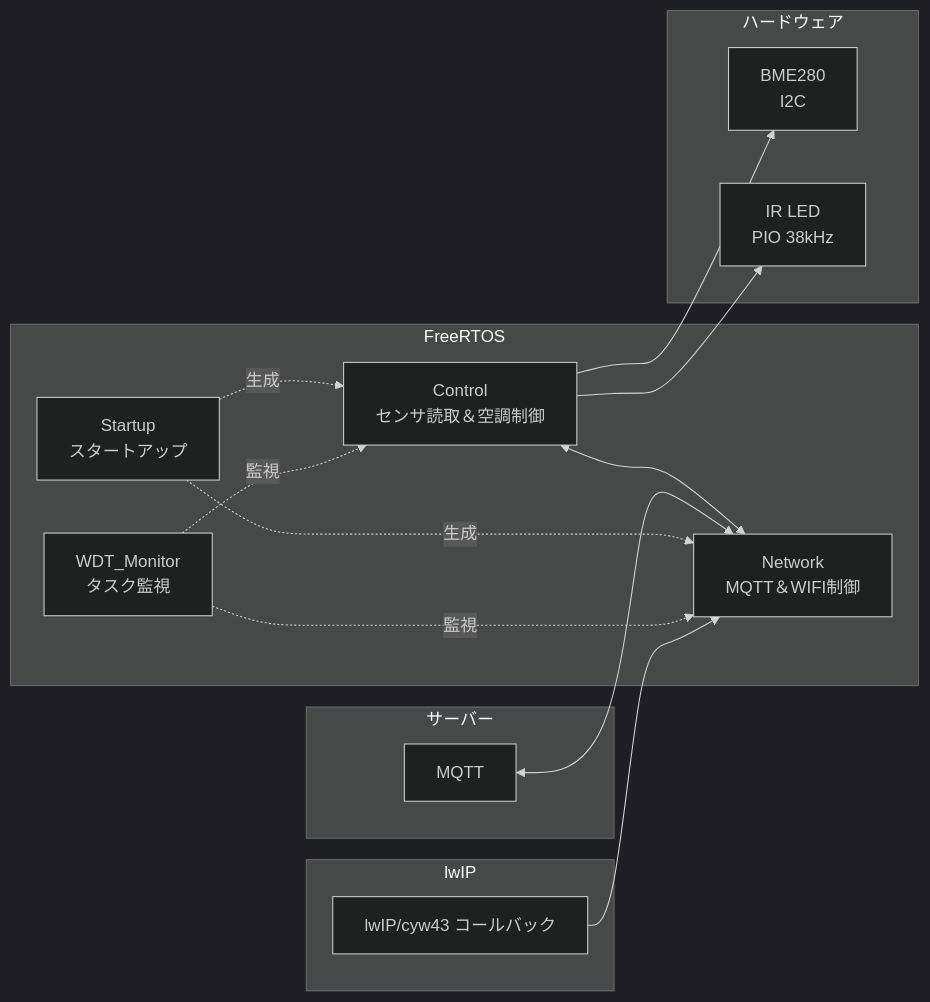
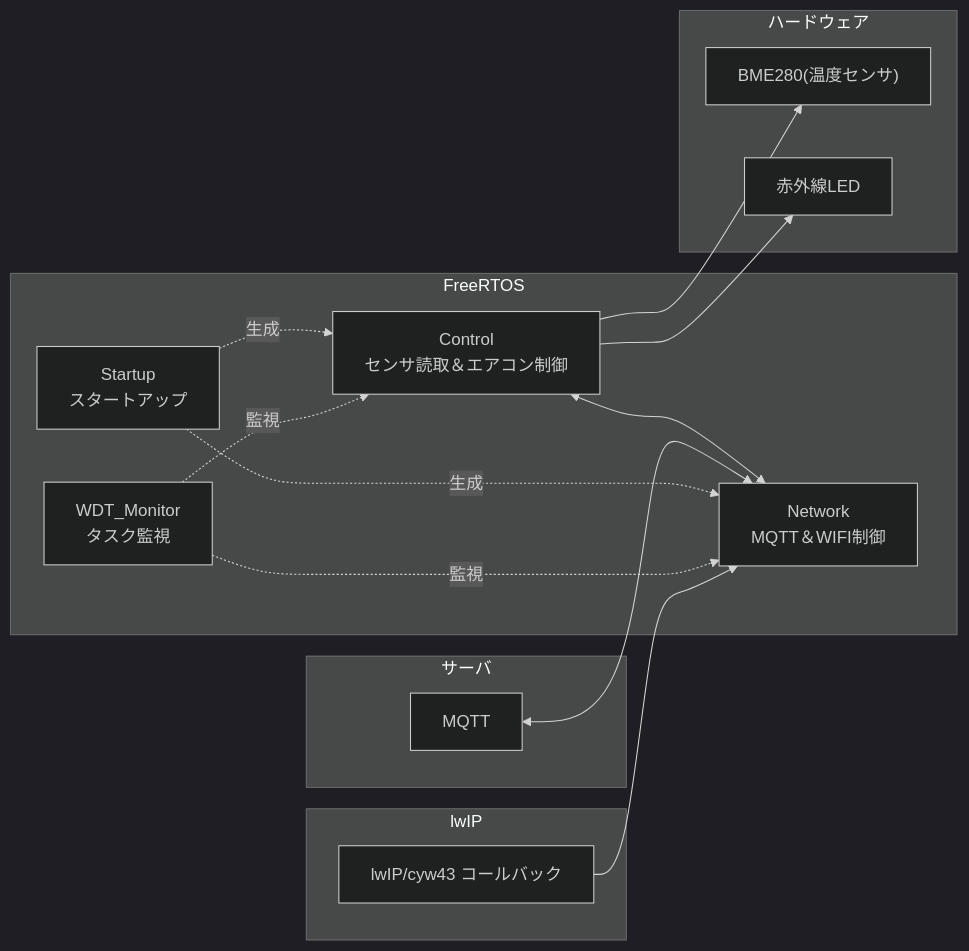
One commit to Kamiyama210/SmartRemocon changed the third of 5 diagrams in README.md. Above: the diagram before and after it, drawn with Mermaid (dark theme). The commit also changed other lines of this file, not shown here.

````diff
--- a/README.md
+++ b/README.md
@@ -55,32 +54,32 @@
 ```mermaid
 flowchart LR
     subgraph LWIP["lwIP"]
         CB["lwIP/cyw43 コールバック"]
     end
 
     subgraph RTOS["FreeRTOS"]
         ST["Startup<br>スタートアップ"]
         NET["Network<br>MQTT＆WIFI制御"]
-        CTRL["Control<br>センサ読取＆空調制御"]
+        CTRL["Control<br>センサ読取＆エアコン制御"]
         WDT["WDT_Monitor<br>タスク監視"]
     end
 
     subgraph HW["ハードウェア"]
-        BME["BME280<br>I2C"]
-        IR["IR LED<br>PIO 38kHz"]
+        BME["BME280(温度センサ)"]
+        IR["赤外線LED"]
     end
 
-    subgraph SERVER["サーバー"]
+    subgraph SERVER["サーバ"]
         MQTT["MQTT"]
     end
 
     CTRL <--> NET
     MQTT <--> NET
     CTRL --> BME
     CTRL --> IR
     ST -.->|生成| NET
     ST -.->|生成| CTRL
     WDT -.->|監視| NET
     WDT -.->|監視| CTRL
     CB --> NET
 ```
````
